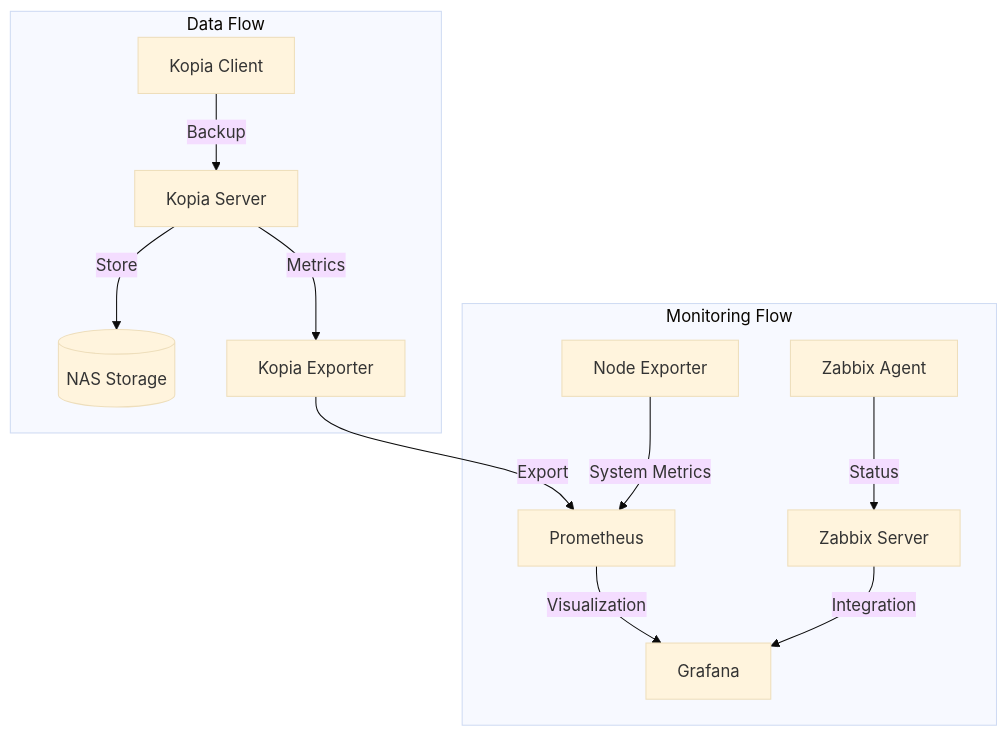
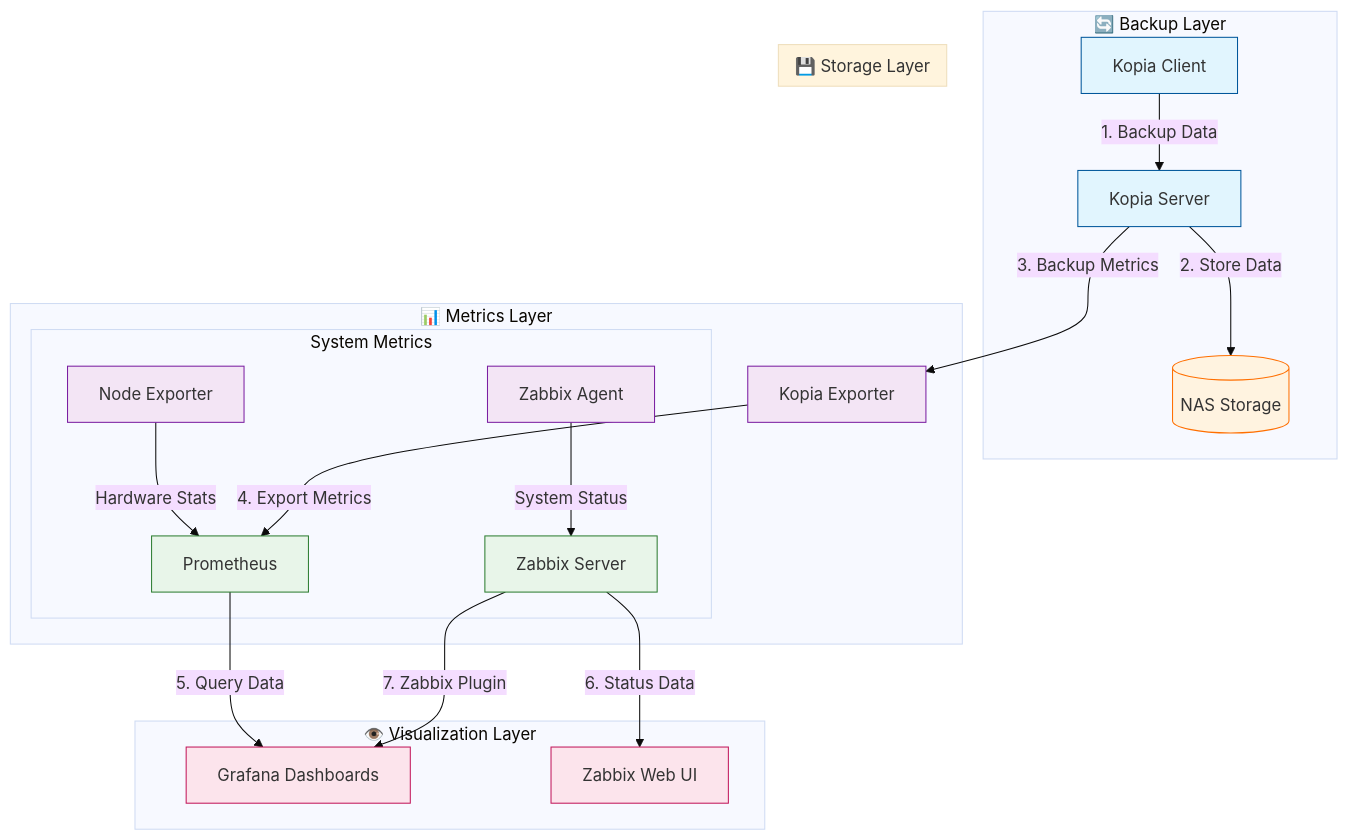
Before and after one commit to eblet/kopia-backup-run: the diagram in docs/chapter1_introduction.md, drawn with Mermaid (base theme). The commit also changed other lines of this file and 4 other files, not shown here.

````diff
--- a/docs/chapter1_introduction.md
+++ b/docs/chapter1_introduction.md
@@ -30,16 +30,54 @@
 ```mermaid
 graph TB
-    subgraph "Data Flow"
-        KC[Kopia Client] -->|Backup| KS[Kopia Server]
-        KS -->|Store| NAS[(NAS Storage)]
-        KS -->|Metrics| KE[Kopia Exporter]
+    subgraph "🔄 Backup Layer"
+        KC[Kopia Client]
+        KS[Kopia Server]
+        NAS[(NAS Storage)]
+        
+        KC -->|"1. Backup Data"| KS
+        KS -->|"2. Store Data"| NAS
     end
     
-    subgraph "Monitoring Flow"
-        KE -->|Export| PR[Prometheus]
-        NE[Node Exporter] -->|System Metrics| PR
-        ZA[Zabbix Agent] -->|Status| ZS[Zabbix Server]
-        PR -->|Visualization| GF[Grafana]
-        ZS -->|Integration| GF
+    subgraph "📊 Metrics Layer"
+        KE[Kopia Exporter]
+        NE[Node Exporter]
+        ZA[Zabbix Agent]
+        
+        KS -->|"3. Backup Metrics"| KE
+        
+        subgraph "System Metrics"
+            NE -->|"Hardware Stats"| PR
+            ZA -->|"System Status"| ZS
+        end
     end
+    
+    subgraph "💾 Storage Layer"
+        PR[Prometheus]
+        ZS[Zabbix Server]
+        
+        KE -->|"4. Export Metrics"| PR
+    end
+    
+    subgraph "👁️ Visualization Layer"
+        GF[Grafana Dashboards]
+        ZW[Zabbix Web UI]
+        
+        PR -->|"5. Query Data"| GF
+        ZS -->|"6. Status Data"| ZW
+        ZS -->|"7. Zabbix Plugin"| GF
+    end
+
+    style KC fill:#e1f5fe,stroke:#01579b
+    style KS fill:#e1f5fe,stroke:#01579b
+    style NAS fill:#fff3e0,stroke:#ff6f00
+    
+    style KE fill:#f3e5f5,stroke:#7b1fa2
+    style NE fill:#f3e5f5,stroke:#7b1fa2
+    style ZA fill:#f3e5f5,stroke:#7b1fa2
+    
+    style PR fill:#e8f5e9,stroke:#2e7d32
+    style ZS fill:#e8f5e9,stroke:#2e7d32
+    
+    style GF fill:#fce4ec,stroke:#c2185b
+    style ZW fill:#fce4ec,stroke:#c2185b
 ```
````
